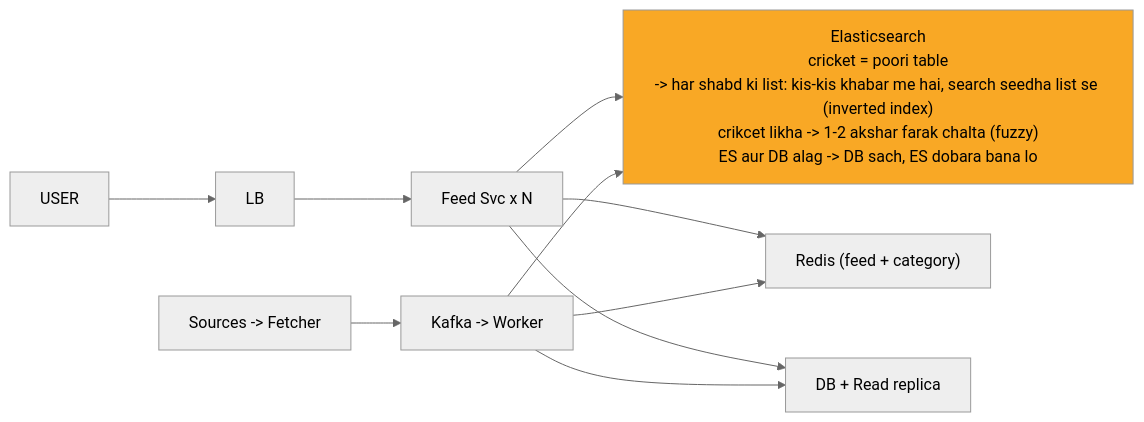
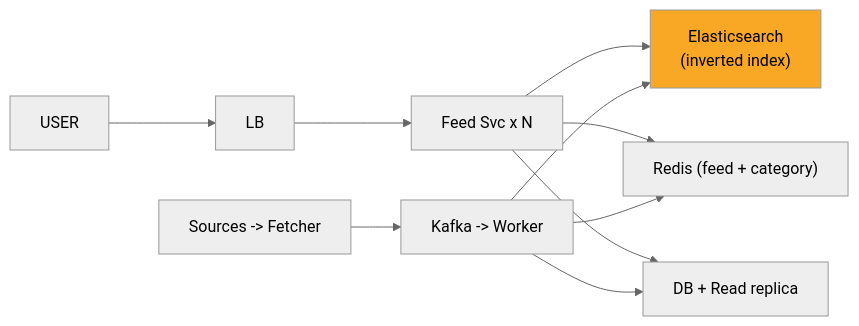
The diagram in 04_HLD/SYSTEM_DESIGNS/08_news_aggregator/img/c7.mmd (ArpanMaheshwari144/Prep), drawn with Mermaid (neutral theme) before and after one commit. The commit also changed 36 other files, not shown here.

```diff
--- a/04_HLD/SYSTEM_DESIGNS/08_news_aggregator/img/c7.mmd
+++ b/04_HLD/SYSTEM_DESIGNS/08_news_aggregator/img/c7.mmd
@@ -1,20 +1,20 @@
 %%{init: {"flowchart": {"wrappingWidth": 450}}}%%
 flowchart LR
     n_USER["USER"]
     n_LB["LB"]
     n_Feed_Svc_xN["Feed Svc x N"]
-    n_Elasticsearch["Elasticsearch<br/>cricket = poori table<br/>-> har shabd ki list: kis-kis khabar me hai, search seedha list se (inverted index)<br/>crikcet likha -> 1-2 akshar farak chalta (fuzzy)<br/>ES aur DB alag -> DB sach, ES dobara bana lo"]
+    n_Elasticsearch["Elasticsearch<br/>(inverted index)"]
     n_Redis["Redis (feed + category)"]
     n_DBR["DB + Read replica"]
     n_KW["Kafka -> Worker"]
     n_SF["Sources -> Fetcher"]
     n_USER --> n_LB
     n_LB --> n_Feed_Svc_xN
     n_Feed_Svc_xN --> n_Elasticsearch
     n_Feed_Svc_xN --> n_Redis
     n_Feed_Svc_xN --> n_DBR
     n_KW --> n_DBR
     n_KW --> n_Redis
     n_KW --> n_Elasticsearch
     n_SF --> n_KW
     style n_Elasticsearch fill:#f9a825,color:#000
```
